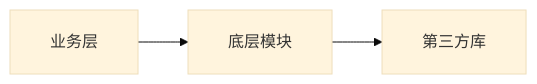
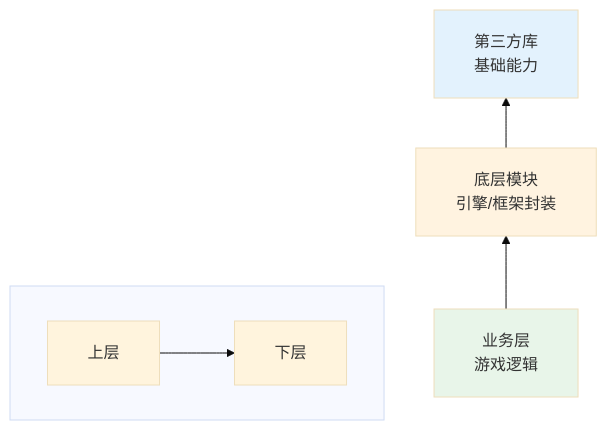
The first of 2 diagrams in plugins/code-analyzer/skills/full-scan/SKILL.md (hproof/claude-market-gamedev), drawn with Mermaid before and after one commit. The commit also changed other lines of this file and 6 other files, not shown here.

````diff
--- a/plugins/code-analyzer/skills/full-scan/SKILL.md
+++ b/plugins/code-analyzer/skills/full-scan/SKILL.md
@@ -176,5 +178,21 @@
 ```mermaid
 %%{init: {'theme': 'base', 'flowchart': { 'useMaxWidth': true, 'padding': 20 }}}%%
-graph LR
-    BIZ[业务层] --> CORE[底层模块] --> LIB[第三方库]
+graph BT
+    LIB[第三方库<br/>基础能力]
+    CORE[底层模块<br/>引擎/框架封装]
+    BIZ[业务层<br/>游戏逻辑]
+
+    %% 依赖方向：上层依赖于下层
+    BIZ --> CORE
+    CORE --> LIB
+
+    %% 图例
+    subgraph 依赖方向[" "]
+        direction LR
+        Upper[上层] --> Lower[下层]
+    end
+
+    style LIB fill:#e3f2fd
+    style CORE fill:#fff3e0
+    style BIZ fill:#e8f5e9
 ```
````
